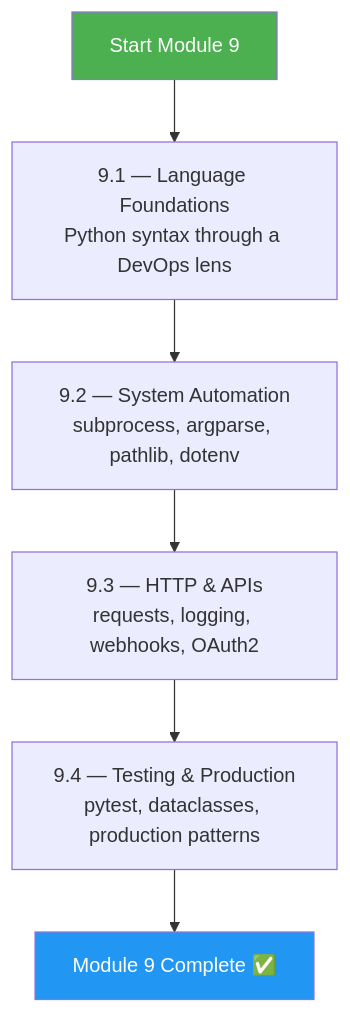
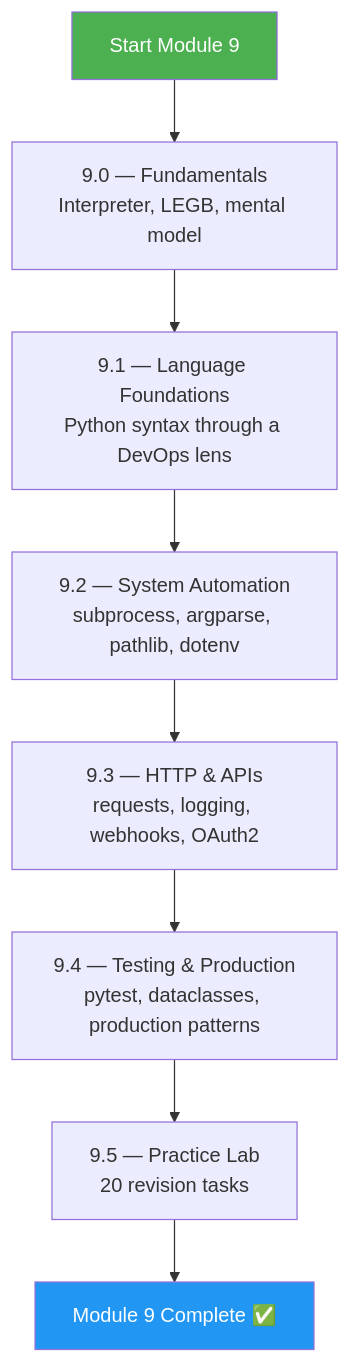
The second of 4 diagrams in 9-Python/Module_9_Approach_Guide.md (VidhyadharanSS/PlatformEngineeringNotes), drawn with Mermaid before and after one commit. The commit also changed other lines of this file and 45 other files, not shown here.

````diff
--- a/9-Python/Module_9_Approach_Guide.md
+++ b/9-Python/Module_9_Approach_Guide.md
@@ -53,11 +59,13 @@
 ```mermaid
 flowchart TD
-    A[Start Module 9] --> B["9.1 — Language Foundations<br/>Python syntax through a DevOps lens"]
+    A[Start Module 9] --> Z["9.0 — Fundamentals<br/>Interpreter, LEGB, mental model"]
+    Z --> B["9.1 — Language Foundations<br/>Python syntax through a DevOps lens"]
     B --> C["9.2 — System Automation<br/>subprocess, argparse, pathlib, dotenv"]
     C --> D["9.3 — HTTP & APIs<br/>requests, logging, webhooks, OAuth2"]
     D --> E["9.4 — Testing & Production<br/>pytest, dataclasses, production patterns"]
-    E --> F[Module 9 Complete ✅]
+    E --> P["9.5 — Practice Lab<br/>20 revision tasks"]
+    P --> F[Module 9 Complete ✅]
 
     style A fill:#4CAF50,color:#fff
     style F fill:#2196F3,color:#fff
 ```
````
